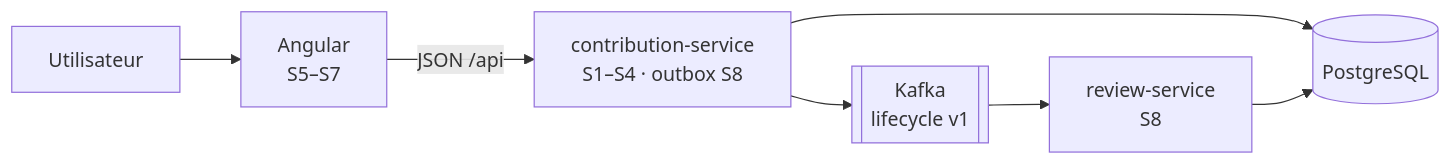
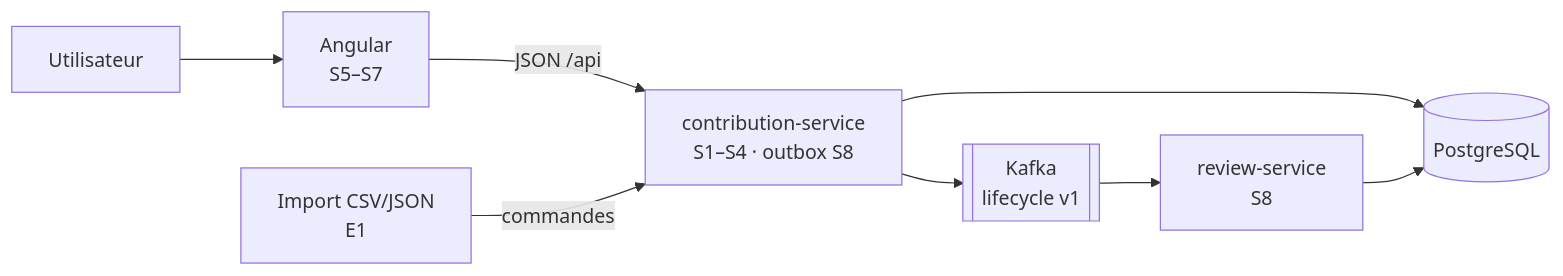
One commit to hfWalid/ACD-kata changed the diagram in design/1- README.md. Above: the diagram before and after it, drawn with Mermaid. The commit also changed other lines of this file and 72 other files, not shown here.

````diff
--- a/design/1- README.md
+++ b/design/1- README.md
@@ -22,9 +23,10 @@
 ```mermaid
 flowchart LR
   U["Utilisateur"] --> W["Angular<br/>S5–S7"]
   W -->|"JSON /api"| C["contribution-service<br/>S1–S4 · outbox S8"]
+  I["Import CSV/JSON<br/>E1"] -->|"commandes"| C
   C --> DB[("PostgreSQL")]
   C --> K[["Kafka<br/>lifecycle v1"]]
   K --> R["review-service<br/>S8"]
   R --> DB
 ```
````
